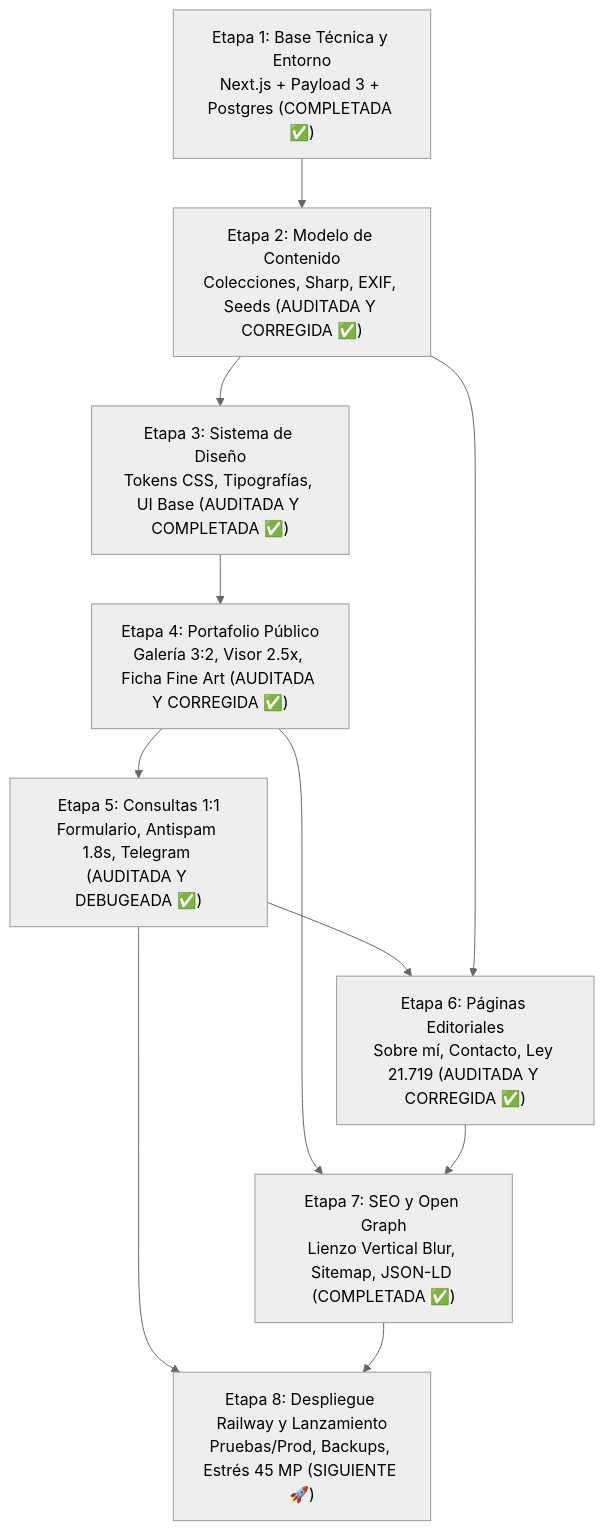
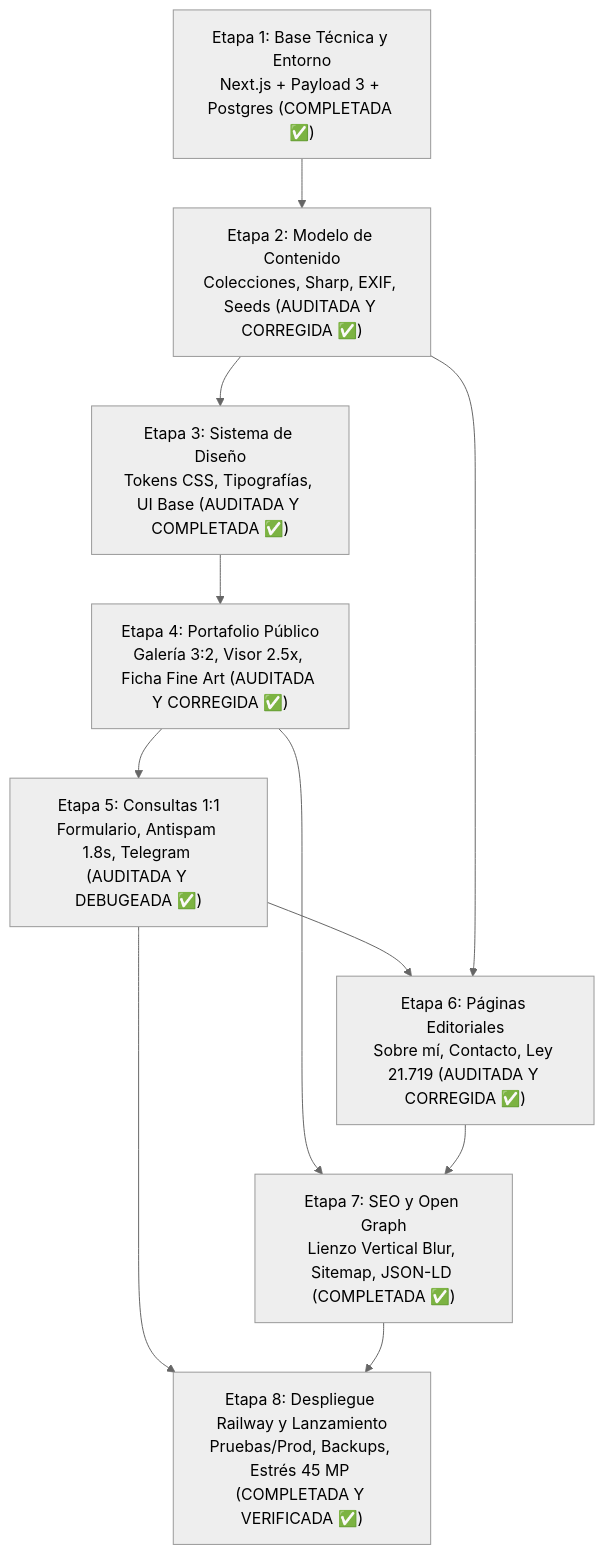
One commit to RodDiazT/Web_RodDiaz changed the diagram in DocumentosTecnicos/_PLAN_IMPLEMENTACION.md. Above: the diagram before and after it, drawn with Mermaid (neutral theme). The commit also changed other lines of this file and 2 other files, not shown here.

Commit message:
docs: marca T-004 como completada con límite de 30 USD en Railway y sincroniza estado

````diff
--- a/DocumentosTecnicos/_PLAN_IMPLEMENTACION.md
+++ b/DocumentosTecnicos/_PLAN_IMPLEMENTACION.md
@@ -32,13 +32,13 @@
 ```mermaid
 flowchart TD
     E1["Etapa 1: Base Técnica y Entorno\nNext.js + Payload 3 + Postgres (COMPLETADA ✅)"] --> E2["Etapa 2: Modelo de Contenido\nColecciones, Sharp, EXIF, Seeds (AUDITADA Y CORREGIDA ✅)"]
     E2 --> E3["Etapa 3: Sistema de Diseño\nTokens CSS, Tipografías, UI Base (AUDITADA Y COMPLETADA ✅)"]
     E3 --> E4["Etapa 4: Portafolio Público\nGalería 3:2, Visor 2.5x, Ficha Fine Art (AUDITADA Y CORREGIDA ✅)"]
     E4 --> E5["Etapa 5: Consultas 1:1\nFormulario, Antispam 1.8s, Telegram (AUDITADA Y DEBUGEADA ✅)"]
     E5 --> E6["Etapa 6: Páginas Editoriales\nSobre mí, Contacto, Ley 21.719 (AUDITADA Y CORREGIDA ✅)"]
     E2 --> E6
     E4 --> E7["Etapa 7: SEO y Open Graph\nLienzo Vertical Blur, Sitemap, JSON-LD (COMPLETADA ✅)"]
     E6 --> E7
-    E5 --> E8["Etapa 8: Despliegue Railway y Lanzamiento\nPruebas/Prod, Backups, Estrés 45 MP (SIGUIENTE 🚀)"]
+    E5 --> E8["Etapa 8: Despliegue Railway y Lanzamiento\nPruebas/Prod, Backups, Estrés 45 MP (COMPLETADA Y VERIFICADA ✅)"]
     E7 --> E8
 ```
````
